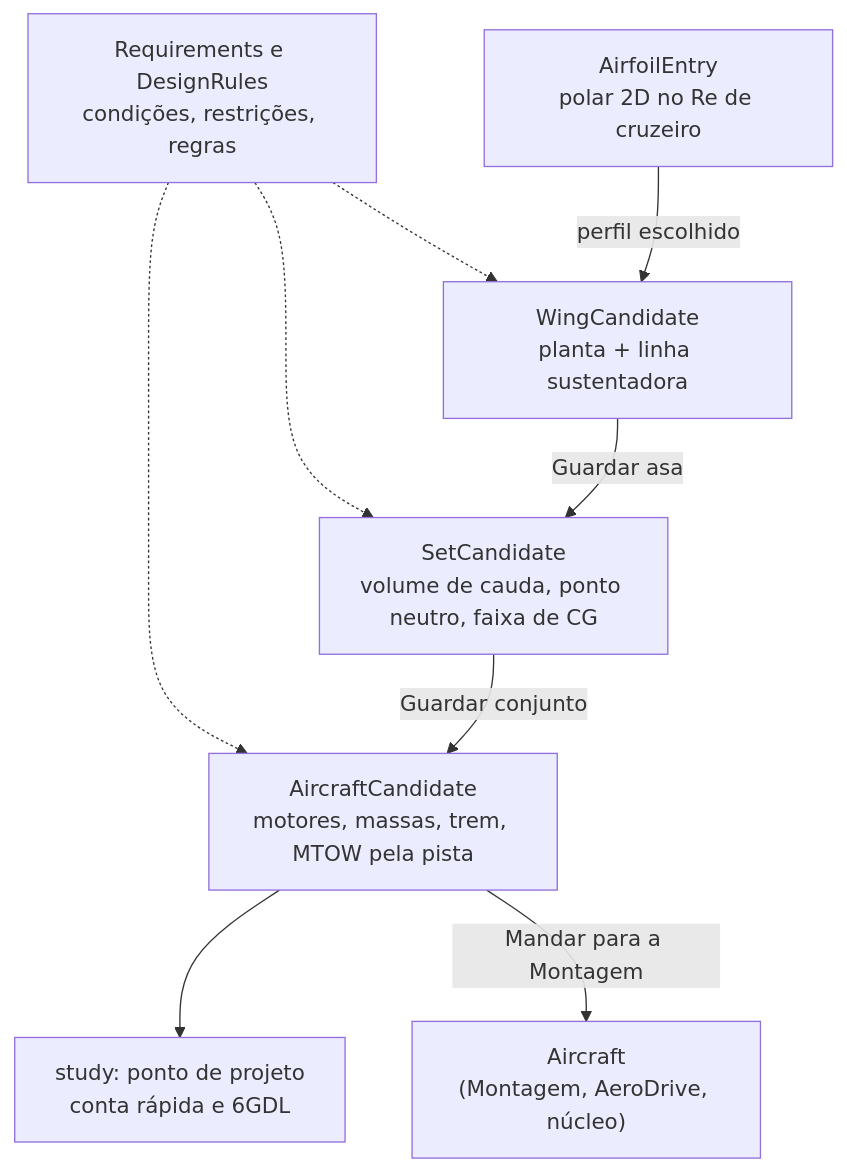
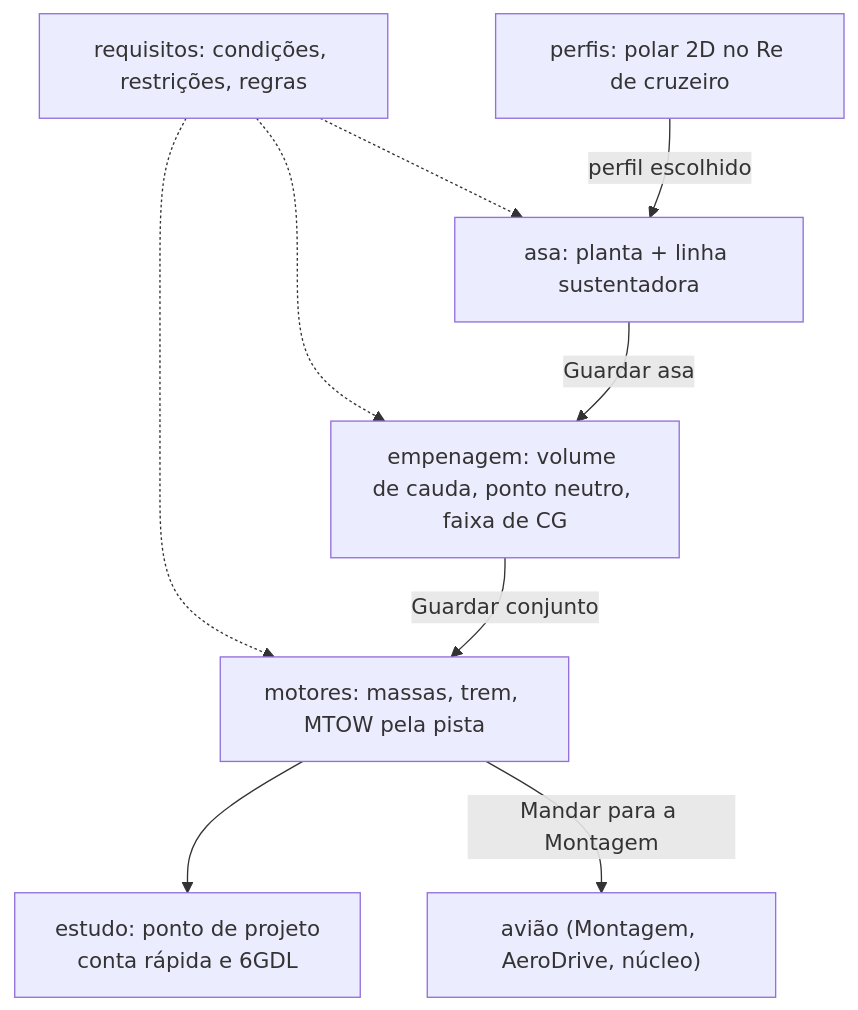
One commit to vitordallolivo/AircraftSimulation changed the diagram in aerosim/design/README.md. Above: the diagram before and after it, drawn with Mermaid. The commit also changed other lines of this file and 38 other files, not shown here.

````diff
--- a/aerosim/design/README.md
+++ b/aerosim/design/README.md
@@ -19,9 +20,9 @@
 ```mermaid
 flowchart TB
-    RQ["Requirements e DesignRules<br/>condições, restrições, regras"] -.-> W & T & PW
-    AF["AirfoilEntry<br/>polar 2D no Re de cruzeiro"] -->|"perfil escolhido"| W["WingCandidate<br/>planta + linha sustentadora"]
-    W -->|"Guardar asa"| T["SetCandidate<br/>volume de cauda, ponto neutro, faixa de CG"]
-    T -->|"Guardar conjunto"| PW["AircraftCandidate<br/>motores, massas, trem, MTOW pela pista"]
-    PW --> ST["study: ponto de projeto<br/>conta rápida e 6GDL"]
-    PW -->|"Mandar para a Montagem"| AC["Aircraft<br/>(Montagem, AeroDrive, núcleo)"]
+    RQ["requisitos: condições, restrições, regras"] -.-> W & T & PW
+    AF["perfis: polar 2D no Re de cruzeiro"] -->|"perfil escolhido"| W["asa: planta + linha sustentadora"]
+    W -->|"Guardar asa"| T["empenagem: volume de cauda, ponto neutro, faixa de CG"]
+    T -->|"Guardar conjunto"| PW["motores: massas, trem, MTOW pela pista"]
+    PW --> ST["estudo: ponto de projeto<br/>conta rápida e 6GDL"]
+    PW -->|"Mandar para a Montagem"| AC["avião (Montagem, AeroDrive, núcleo)"]
 ```
````
